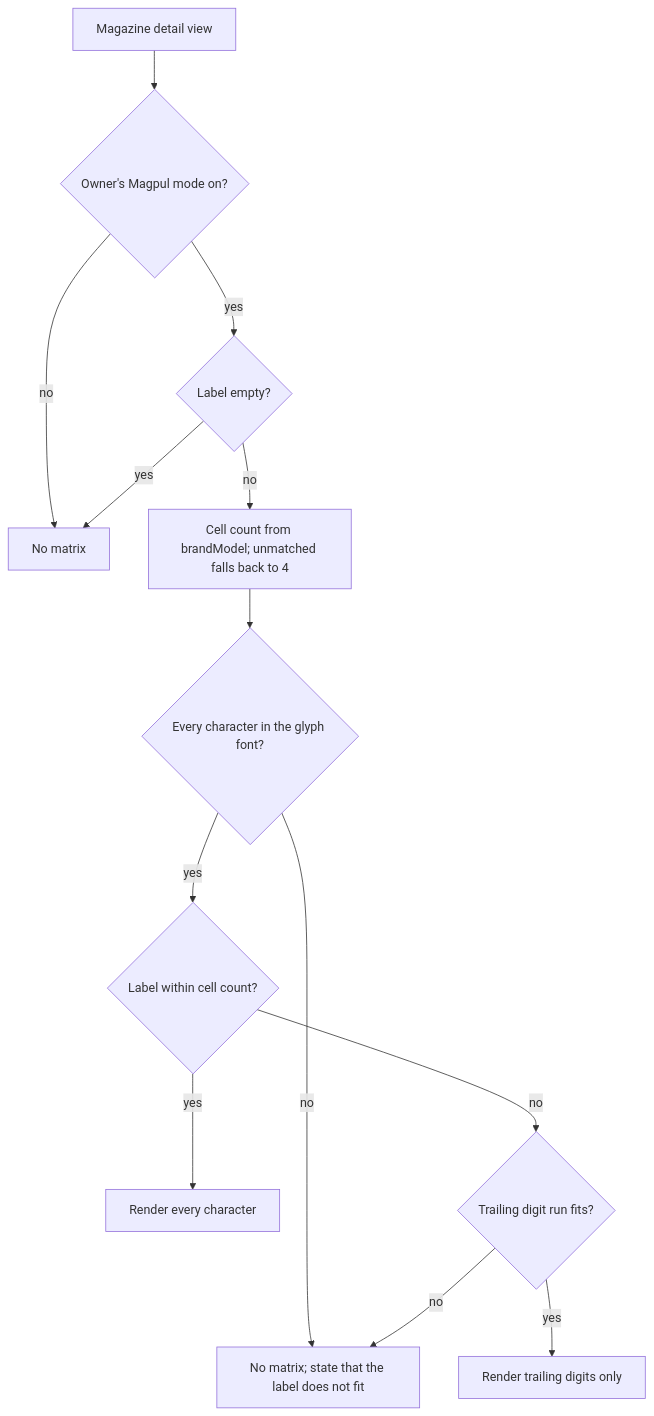
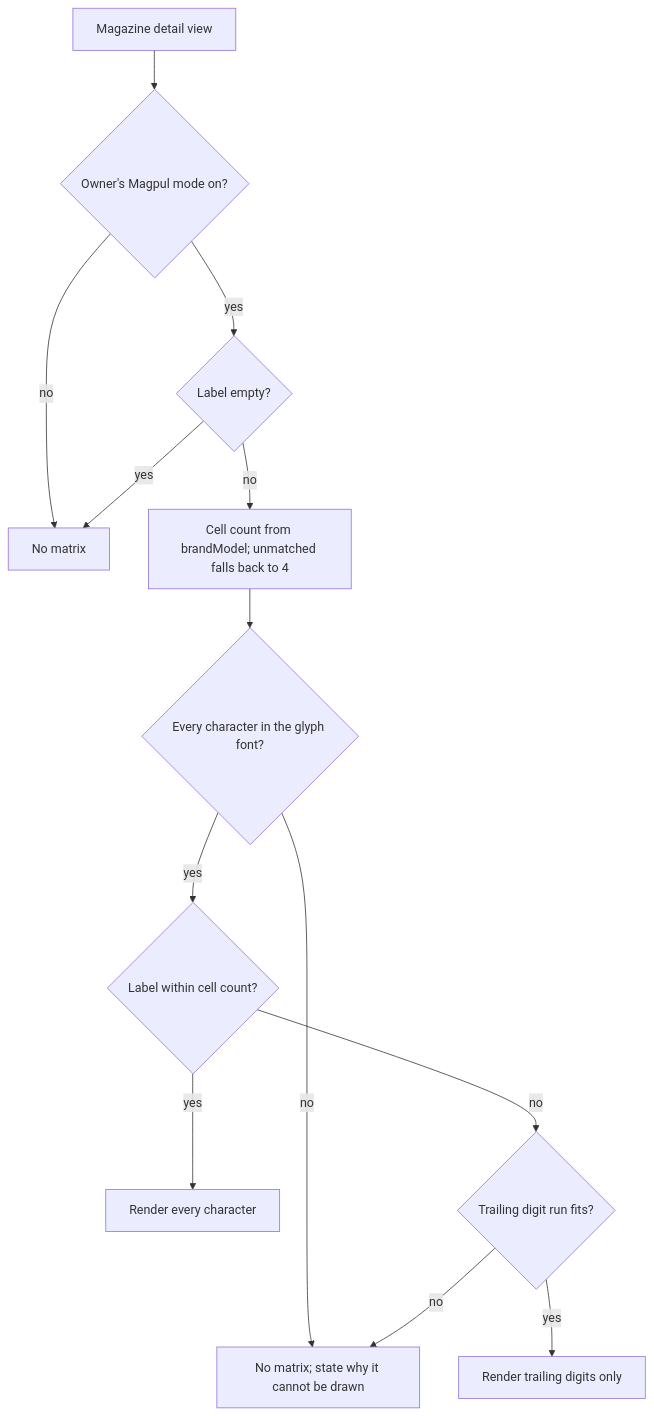
The first of 2 diagrams in docs/plans/2026-08-02-001-feat-magazine-dot-matrix-label-plan.md (unclesp1d3r/mag_stacker), drawn with Mermaid before and after one commit. The commit also changed other lines of this file and 8 other files, not shown here.

````diff
--- a/docs/plans/2026-08-02-001-feat-magazine-dot-matrix-label-plan.md
+++ b/docs/plans/2026-08-02-001-feat-magazine-dot-matrix-label-plan.md
@@ -71,15 +73,15 @@
 ```mermaid
 flowchart TB
   A[Magazine detail view] --> B{Owner's Magpul mode on?}
   B -->|no| Z[No matrix]
   B -->|yes| C{Label empty?}
   C -->|yes| Z
   C -->|no| D[Cell count from brandModel; unmatched falls back to 4]
   D --> E{Every character in the glyph font?}
-  E -->|no| Y[No matrix; state that the label does not fit]
+  E -->|no| Y[No matrix; state why it cannot be drawn]
   E -->|yes| F{Label within cell count?}
   F -->|yes| G[Render every character]
   F -->|no| H{Trailing digit run fits?}
   H -->|yes| I[Render trailing digits only]
   H -->|no| Y
 ```
````
